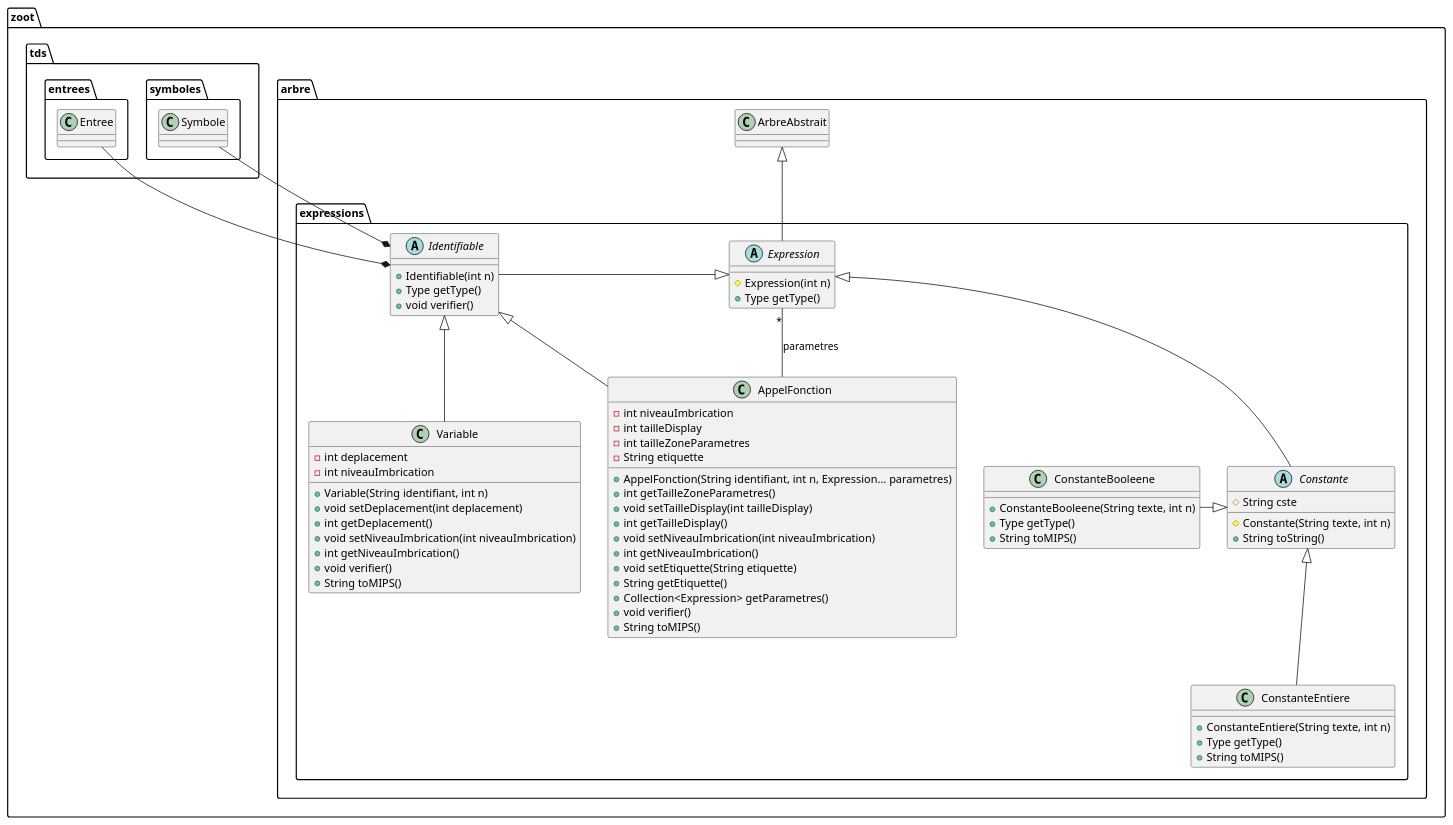
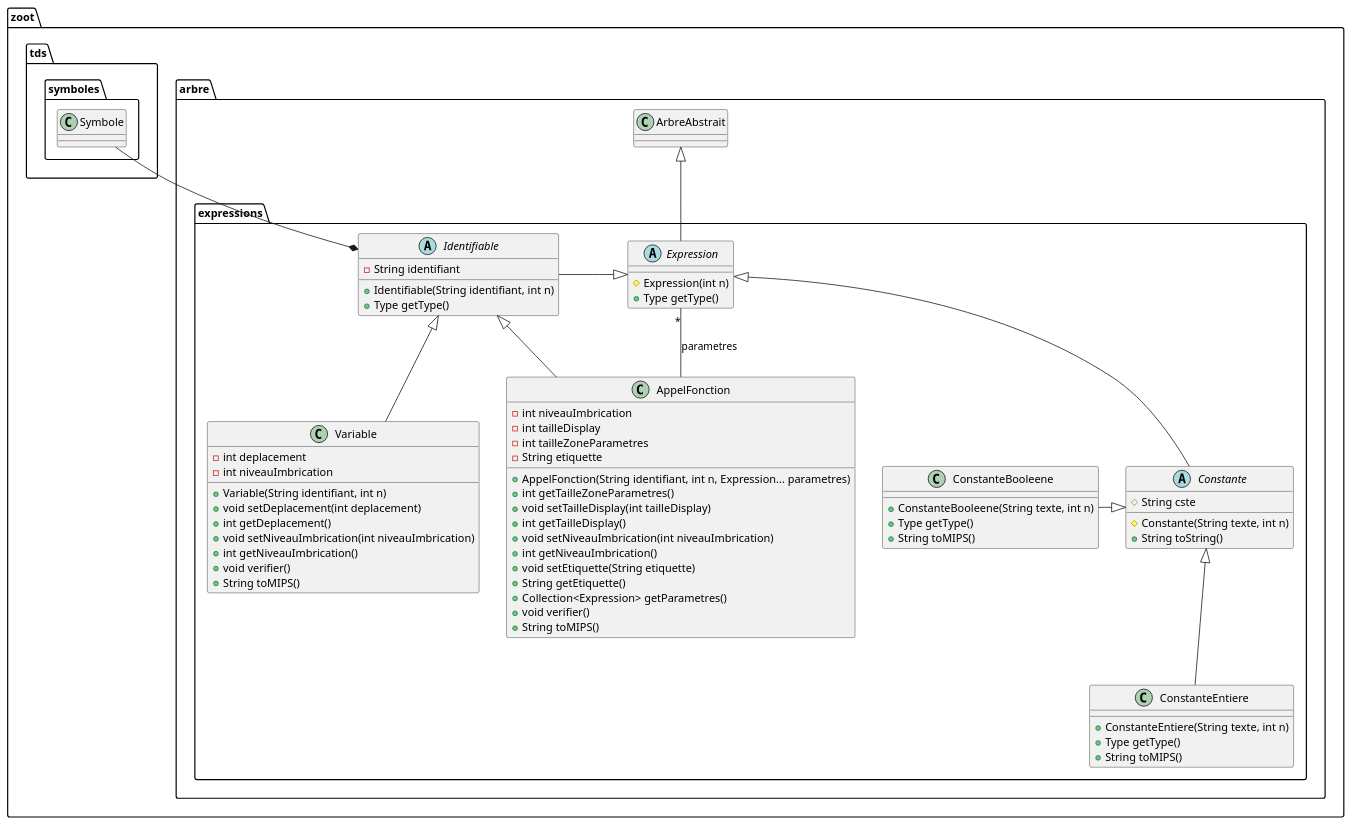
The diagram in diagrammes/classe/expressions.puml (lmtb06/zoot), drawn with PlantUML before and after one commit.

Commit message:
Mise à jour du diagramme de classes
# Détails:
 - Identifiable stock un identifiant à la place d'un entrée
 - Identifiable n'a plus de fonction vérifier

```diff
--- a/diagrammes/classe/expressions.puml
+++ b/diagrammes/classe/expressions.puml
@@ -1,76 +1,75 @@
 @startuml "Package expressions"
 namespace zoot.arbre.expressions {
     ' Includes
     ' Classes
     abstract class Expression {
         # Expression(int n)
         + Type getType()
     }
 
     abstract class Constante {
         # String cste
         # Constante(String texte, int n)
         + String toString()
     }
 
     class ConstanteEntiere {
         + ConstanteEntiere(String texte, int n)
         + Type getType()
         + String toMIPS()
     }
 
     class ConstanteBooleene {
         + ConstanteBooleene(String texte, int n)
         + Type getType()
         + String toMIPS()
 
     }
 
     abstract class Identifiable {
-        + Identifiable(int n)
+        - String identifiant
+        + Identifiable(String identifiant, int n)
         + Type getType()
-        + void verifier()
     }
 
     class Variable {
         - int deplacement
         - int niveauImbrication
         + Variable(String identifiant, int n)
         + void setDeplacement(int deplacement)
         + int getDeplacement()
         + void setNiveauImbrication(int niveauImbrication)
         + int getNiveauImbrication()
         + void verifier()
         + String toMIPS()
     }
 
     class AppelFonction {
         - int niveauImbrication
         - int tailleDisplay
         - int tailleZoneParametres
         - String etiquette
         + AppelFonction(String identifiant, int n, Expression... parametres)
         + int getTailleZoneParametres()
         + void setTailleDisplay(int tailleDisplay)
         + int getTailleDisplay()
         + void setNiveauImbrication(int niveauImbrication)
         + int getNiveauImbrication()
         + void setEtiquette(String etiquette)
         + String getEtiquette()
         + Collection<Expression> getParametres()
         + void verifier()
         + String toMIPS()
     }
     ' Relations entre les classes
     Expression -up-|> zoot.arbre.ArbreAbstrait
     Constante -up-|> Expression
     ConstanteEntiere -up-|> Constante
     ConstanteBooleene -right-|> Constante
-    Identifiable *-up- zoot.tds.entrees.Entree
     Identifiable *-up- zoot.tds.symboles.Symbole
     Identifiable -left-|> Expression
     Variable -up-|> Identifiable
     AppelFonction -left-|> Identifiable
     AppelFonction --"*" Expression : parametres
 }
 @enduml
```
